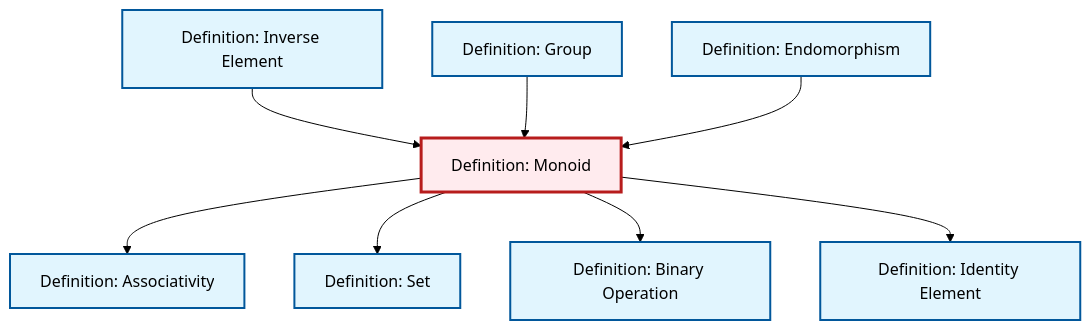
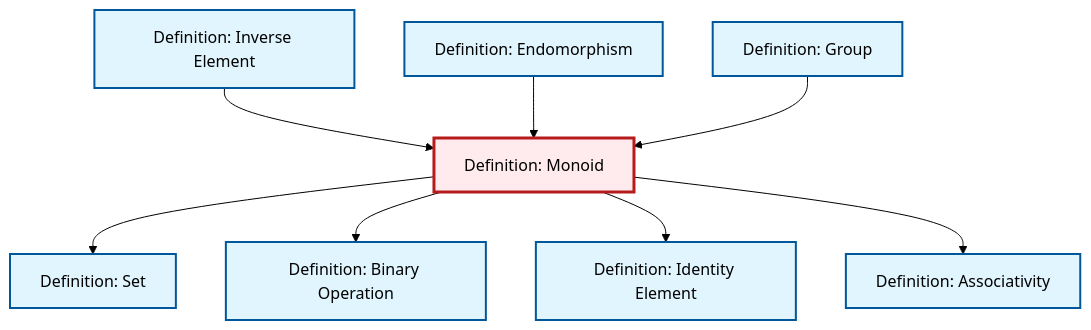
The diagram in content/en/algebra/def-monoid.qmd (RK0429/ModernMath), drawn with Mermaid (forest theme) before and after one commit. The commit also changed other lines of this file and 672 other files, not shown here.

````diff
--- a/content/en/algebra/def-monoid.qmd
+++ b/content/en/algebra/def-monoid.qmd
@@ -81,32 +81,32 @@
 ```{mermaid}
 %%| fig-cap: "Local dependency graph"
 graph TD
     classDef definition fill:#e1f5fe,stroke:#01579b,stroke-width:2px
     classDef theorem fill:#f3e5f5,stroke:#4a148c,stroke-width:2px
     classDef axiom fill:#fff3e0,stroke:#e65100,stroke-width:2px
     classDef example fill:#e8f5e9,stroke:#1b5e20,stroke-width:2px
     classDef current fill:#ffebee,stroke:#b71c1c,stroke-width:3px
+    def-set["Definition: Set"]:::definition
+    def-inverse-element["Definition: Inverse Element"]:::definition
+    def-binary-operation["Definition: Binary Operation"]:::definition
+    def-monoid["Definition: Monoid"]:::definition
     def-endomorphism["Definition: Endomorphism"]:::definition
+    def-identity-element["Definition: Identity Element"]:::definition
+    def-group["Definition: Group"]:::definition
     def-associativity["Definition: Associativity"]:::definition
-    def-identity-element["Definition: Identity Element"]:::definition
-    def-binary-operation["Definition: Binary Operation"]:::definition
-    def-inverse-element["Definition: Inverse Element"]:::definition
-    def-set["Definition: Set"]:::definition
-    def-monoid["Definition: Monoid"]:::definition
-    def-group["Definition: Group"]:::definition
-    def-monoid --> def-associativity
+    def-inverse-element --> def-monoid
     def-monoid --> def-set
+    def-endomorphism --> def-monoid
     def-monoid --> def-binary-operation
-    def-inverse-element --> def-monoid
     def-monoid --> def-identity-element
     def-group --> def-monoid
-    def-endomorphism --> def-monoid
+    def-monoid --> def-associativity
     class def-monoid current
+    click def-set "def-set.html" "Go to Set definition"
+    click def-inverse-element "def-inverse-element.html" "Go to Inverse Element definition"
+    click def-binary-operation "def-binary-operation.html" "Go to Binary Operation definition"
     click def-endomorphism "def-endomorphism.html" "Go to Endomorphism definition"
+    click def-identity-element "def-identity-element.html" "Go to Identity Element definition"
+    click def-group "def-group.html" "Go to Group definition"
     click def-associativity "def-associativity.html" "Go to Associativity definition"
-    click def-identity-element "def-identity-element.html" "Go to Identity Element definition"
-    click def-binary-operation "def-binary-operation.html" "Go to Binary Operation definition"
-    click def-inverse-element "def-inverse-element.html" "Go to Inverse Element definition"
-    click def-set "def-set.html" "Go to Set definition"
-    click def-group "def-group.html" "Go to Group definition"
 ```
````
